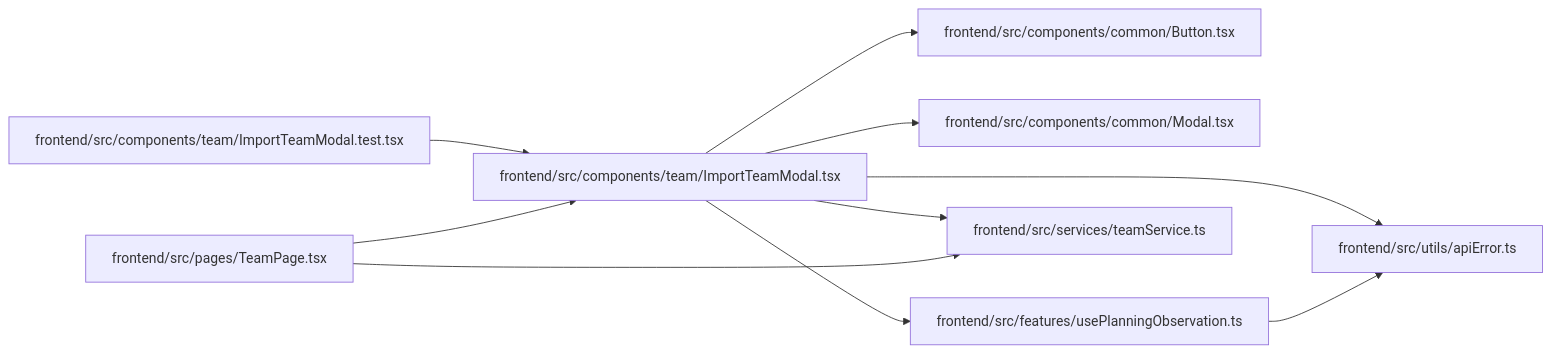
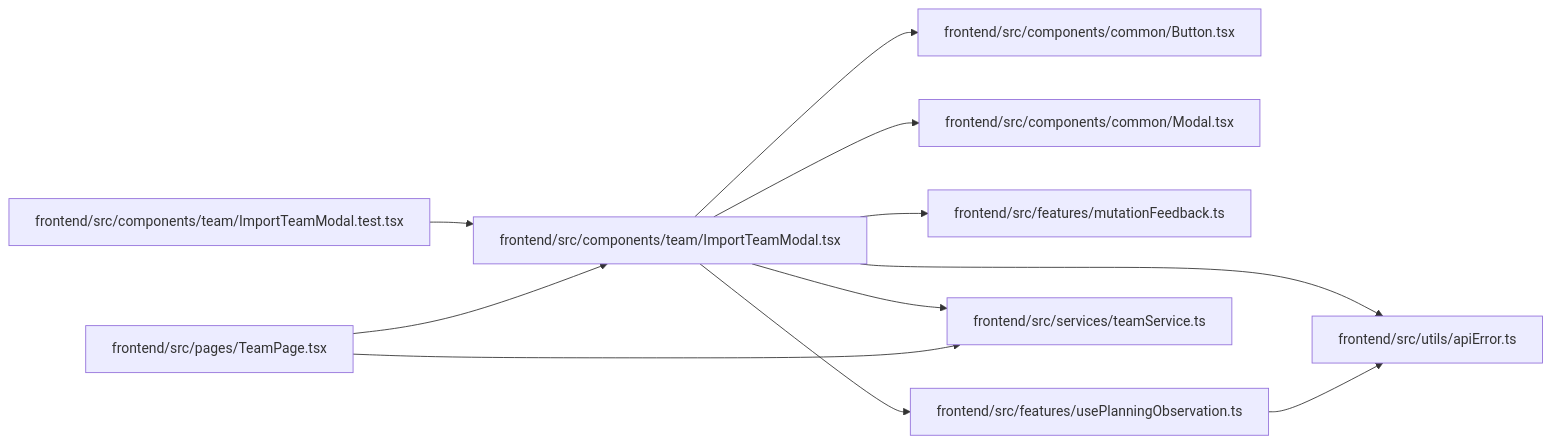
The diagram in docs/llm_wiki/modules/ImportTeamModal.md (Denissvgn/WorkChord), drawn with Mermaid before and after one commit. The commit also changed other lines of this file and 372 other files, not shown here.

Commit message:
docs(wiki): refresh for mutation success feedback

````diff
--- a/docs/llm_wiki/modules/ImportTeamModal.md
+++ b/docs/llm_wiki/modules/ImportTeamModal.md
@@ -33,28 +36,31 @@
 ```mermaid
 flowchart LR
     n0["frontend/src/components/common/Button.tsx"]
     n1["frontend/src/components/common/Modal.tsx"]
     n2["frontend/src/components/team/ImportTeamModal.test.tsx"]
     n3["frontend/src/components/team/ImportTeamModal.tsx"]
-    n4["frontend/src/features/usePlanningObservation.ts"]
-    n5["frontend/src/pages/TeamPage.tsx"]
-    n6["frontend/src/services/teamService.ts"]
-    n7["frontend/src/utils/apiError.ts"]
+    n4["frontend/src/features/mutationFeedback.ts"]
+    n5["frontend/src/features/usePlanningObservation.ts"]
+    n6["frontend/src/pages/TeamPage.tsx"]
+    n7["frontend/src/services/teamService.ts"]
+    n8["frontend/src/utils/apiError.ts"]
     n2 --> n3
     n3 --> n0
     n3 --> n1
     n3 --> n4
-    n3 --> n6
+    n3 --> n5
     n3 --> n7
-    n4 --> n7
-    n5 --> n3
-    n5 --> n6
+    n3 --> n8
+    n5 --> n8
+    n6 --> n3
+    n6 --> n7
     click n0 "../modules/Button.md"
     click n1 "../modules/Modal.md"
     click n2 "../modules/ImportTeamModal.test.md"
     click n3 "../modules/ImportTeamModal.md"
-    click n4 "../modules/usePlanningObservation.md"
-    click n5 "../modules/TeamPage.md"
-    click n6 "../modules/teamService.md"
-    click n7 "../modules/apiError.md"
+    click n4 "../modules/mutationFeedback.md"
+    click n5 "../modules/usePlanningObservation.md"
+    click n6 "../modules/TeamPage.md"
+    click n7 "../modules/teamService.md"
+    click n8 "../modules/apiError.md"
 ```
````
